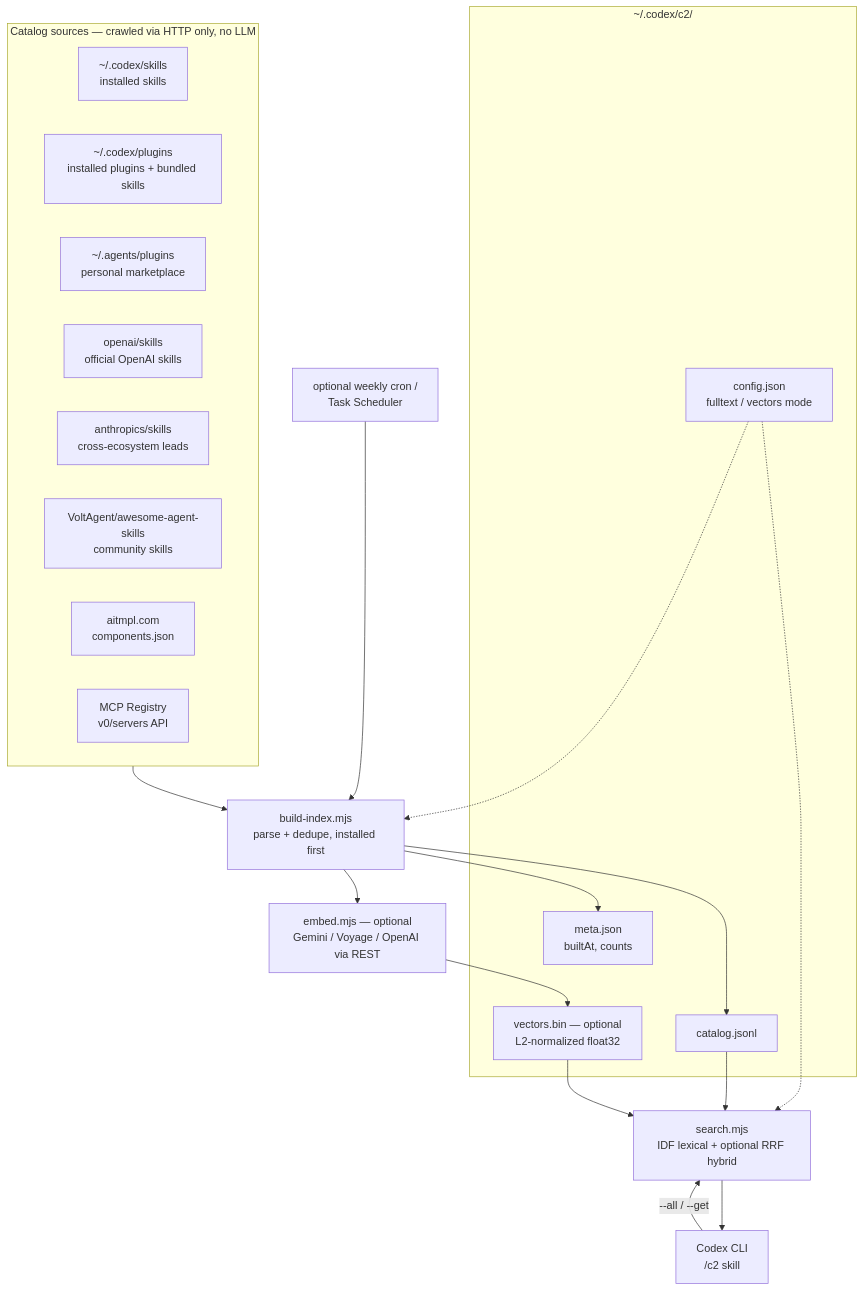
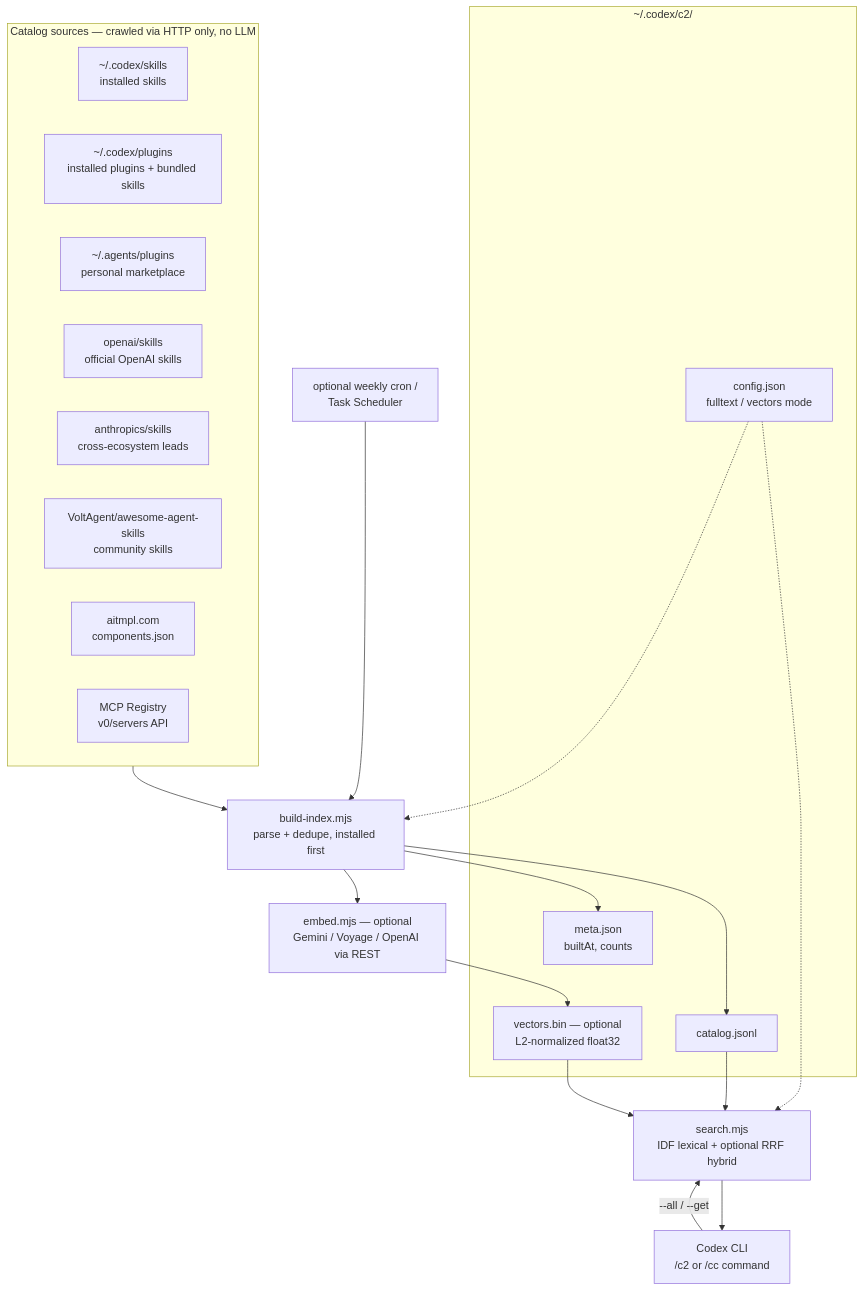
The first of 2 diagrams in README.md (happygoluckydev/c2), drawn with Mermaid before and after one commit. The commit also changed other lines of this file and 4 other files, not shown here.

````diff
--- a/README.md
+++ b/README.md
@@ -35,38 +38,38 @@
 ```mermaid
 flowchart TB
     subgraph sources["Catalog sources — crawled via HTTP only, no LLM"]
         A1["~/.codex/skills<br/>installed skills"]
         A2["~/.codex/plugins<br/>installed plugins + bundled skills"]
         A3["~/.agents/plugins<br/>personal marketplace"]
         B1["openai/skills<br/>official OpenAI skills"]
         B2["anthropics/skills<br/>cross-ecosystem leads"]
         B3["VoltAgent/awesome-agent-skills<br/>community skills"]
         B4["aitmpl.com<br/>components.json"]
         B5["MCP Registry<br/>v0/servers API"]
     end
 
     CRON["optional weekly cron /<br/>Task Scheduler"] --> BUILD
     BUILD["build-index.mjs<br/>parse + dedupe, installed first"]
     EMB["embed.mjs — optional<br/>Gemini / Voyage / OpenAI via REST"]
 
     subgraph store["~/.codex/c2/"]
         CFG["config.json<br/>fulltext / vectors mode"]
         CAT["catalog.jsonl"]
         VEC["vectors.bin — optional<br/>L2-normalized float32"]
         META["meta.json<br/>builtAt, counts"]
     end
 
     SEARCH["search.mjs<br/>IDF lexical + optional RRF hybrid"]
-    CODEX["Codex CLI<br/>/c2 skill"]
+    CODEX["Codex CLI<br/>/c2 or /cc command"]
 
     sources --> BUILD
     CFG -.-> BUILD
     CFG -.-> SEARCH
     BUILD --> CAT
     BUILD --> META
     BUILD --> EMB --> VEC
     CAT --> SEARCH
     VEC --> SEARCH
     CODEX -->|"--all / --get"| SEARCH
     SEARCH --> CODEX
 ```
````
